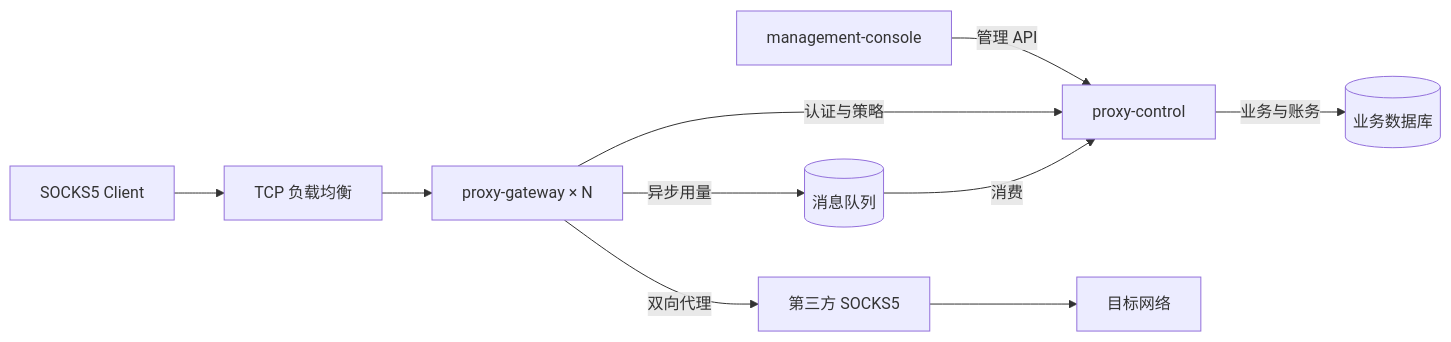
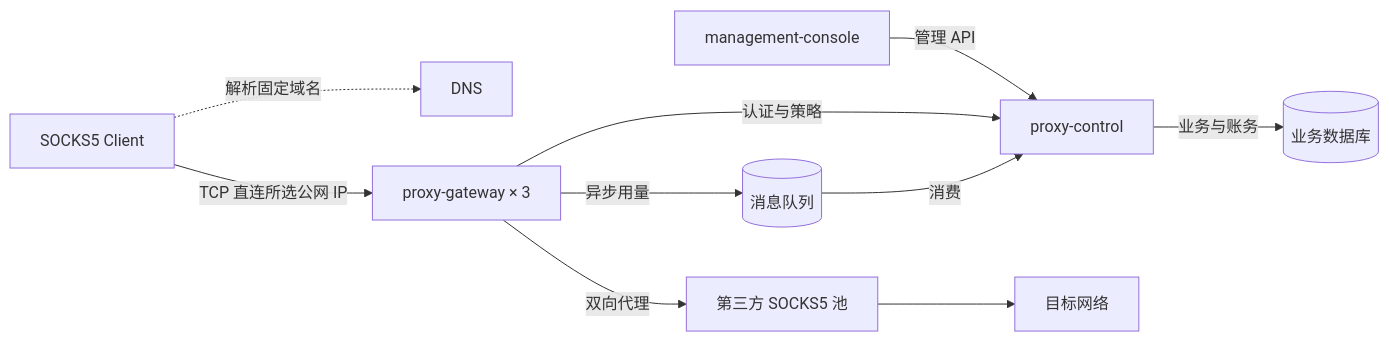
Before and after one commit to DuanJinTaoToday/proxy: the first of 4 diagrams in docs/multi-tenant-proxy-architecture.md, drawn with Mermaid. The commit also changed other lines of this file and 2 other files, not shown here.

Commit message:
Document DNS-direct gateway access and upstream pool

````diff
--- a/docs/multi-tenant-proxy-architecture.md
+++ b/docs/multi-tenant-proxy-architecture.md
@@ -11,12 +11,12 @@
 ```mermaid
 flowchart LR
     Console["management-console"] -->|管理 API| Control["proxy-control"]
     Control -->|业务与账务| DB[("业务数据库")]
-    Client["SOCKS5 Client"] --> LB["TCP 负载均衡"]
-    LB --> GW["proxy-gateway × N"]
-    GW -->|双向代理| Upstream["第三方 SOCKS5"]
+    Client["SOCKS5 Client"] -.->|解析固定域名| DNS["DNS"]
+    Client -->|TCP 直连所选公网 IP| GW["proxy-gateway × 3"]
+    GW -->|双向代理| Upstream["第三方 SOCKS5 池"]
     Upstream --> Target["目标网络"]
     GW -->|认证与策略| Control
     GW -->|异步用量| MQ[("消息队列")]
     MQ -->|消费| Control
 ```
````
